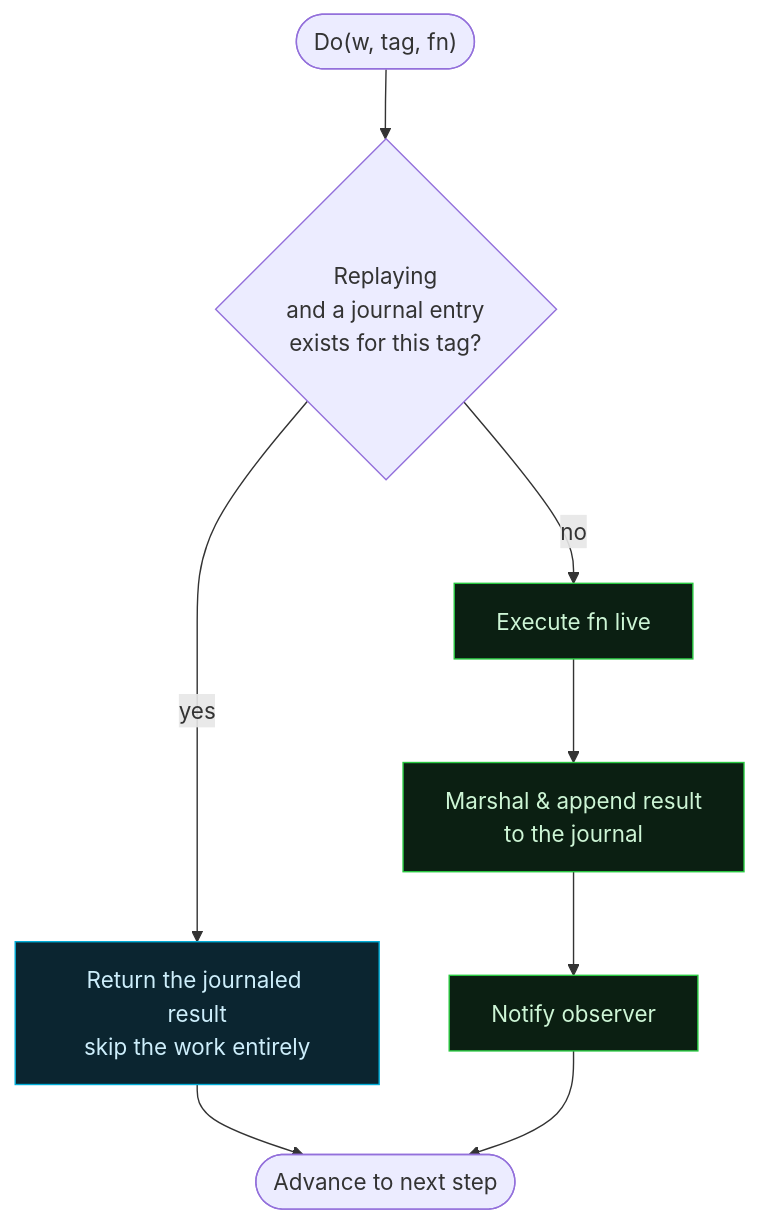
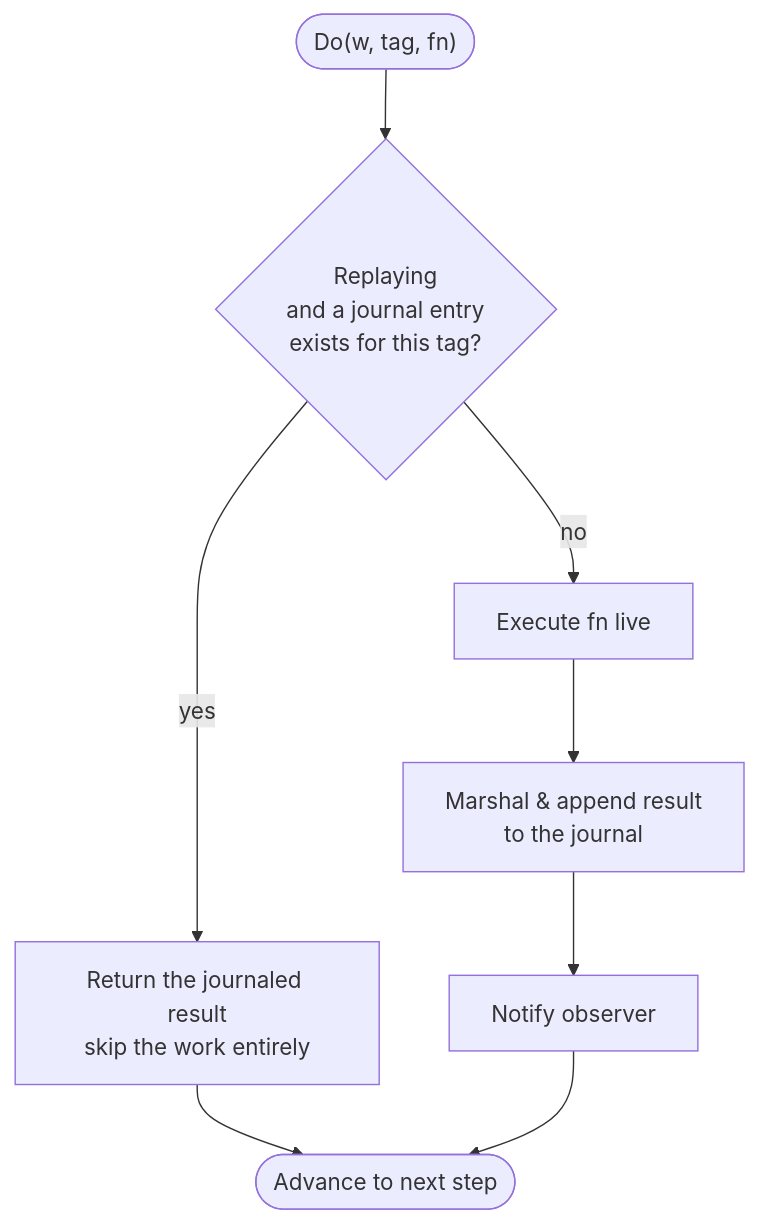
Before and after one commit to sylvester-francis/rerun: the first of 6 diagrams in README.md, drawn with Mermaid. The commit also changed other lines of this file, not shown here.

Commit message:
Remove custom colors from README diagrams

````diff
--- a/README.md
+++ b/README.md
@@ -58,15 +58,10 @@
 ```mermaid
 flowchart TD
     A(["Do(w, tag, fn)"]) --> B{Replaying<br/>and a journal entry<br/>exists for this tag?}
     B -->|yes| C[Return the journaled result<br/>skip the work entirely]
     B -->|no| D[Execute fn live]
     D --> E[Marshal &amp; append result<br/>to the journal]
     E --> F[Notify observer]
     C --> G([Advance to next step])
     F --> G
-
-    classDef replay fill:#0b2530,stroke:#00ADD8,color:#cdeefb;
-    classDef live fill:#0b1f12,stroke:#28c840,color:#cdf5d5;
-    class C replay;
-    class D,E,F live;
 ```
````
